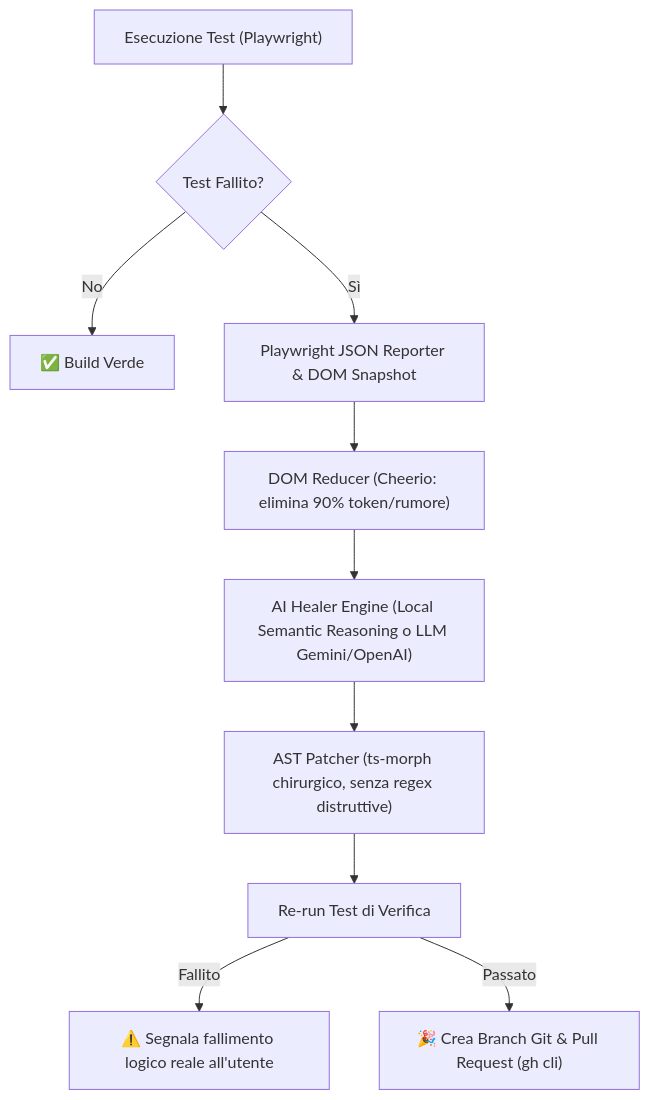
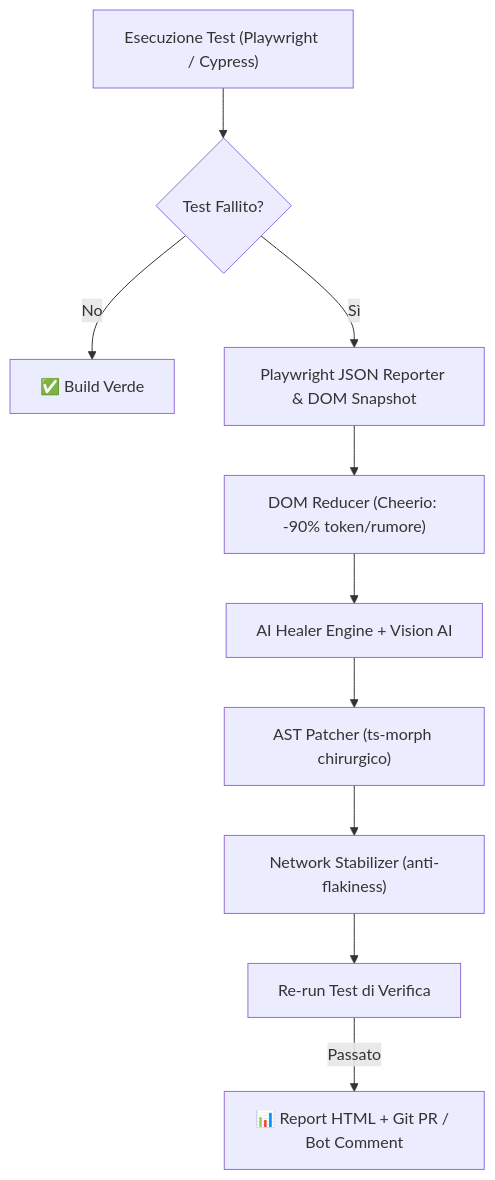
The diagram in README.md (francaroscillidev-gif/autoheal), drawn with Mermaid before and after one commit. The commit also changed other lines of this file and 6 other files, not shown here.

Commit message:
feat(v2.0): add Vision AI healing, Flaky test stabilizer, GitHub Bot commenter, and multi-framework adapters

````diff
--- a/README.md
+++ b/README.md
@@ -19,12 +37,12 @@
 ```mermaid
 flowchart TD
-    A["Esecuzione Test (Playwright)"] --> B{"Test Fallito?"}
+    A["Esecuzione Test (Playwright / Cypress)"] --> B{"Test Fallito?"}
     B -- No --> C["✅ Build Verde"]
     B -- Sì --> D["Playwright JSON Reporter & DOM Snapshot"]
-    D --> E["DOM Reducer (Cheerio: elimina 90% token/rumore)"]
-    E --> F["AI Healer Engine (Local Semantic Reasoning o LLM Gemini/OpenAI)"]
-    F --> G["AST Patcher (ts-morph chirurgico, senza regex distruttive)"]
-    G --> H["Re-run Test di Verifica"]
-    H -- Fallito --> I["⚠️ Segnala fallimento logico reale all'utente"]
-    H -- Passato --> J["🎉 Crea Branch Git & Pull Request (gh cli)"]
+    D --> E["DOM Reducer (Cheerio: -90% token/rumore)"]
+    E --> F["AI Healer Engine + Vision AI"]
+    F --> G["AST Patcher (ts-morph chirurgico)"]
+    G --> H["Network Stabilizer (anti-flakiness)"]
+    H --> I["Re-run Test di Verifica"]
+    I -- Passato --> J["📊 Report HTML + Git PR / Bot Comment"]
 ```
````
